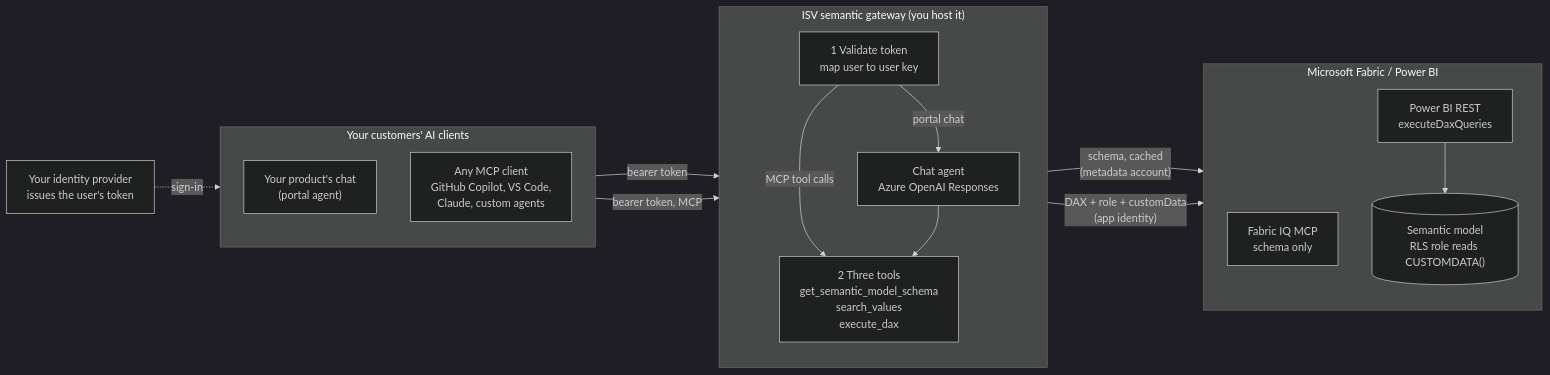
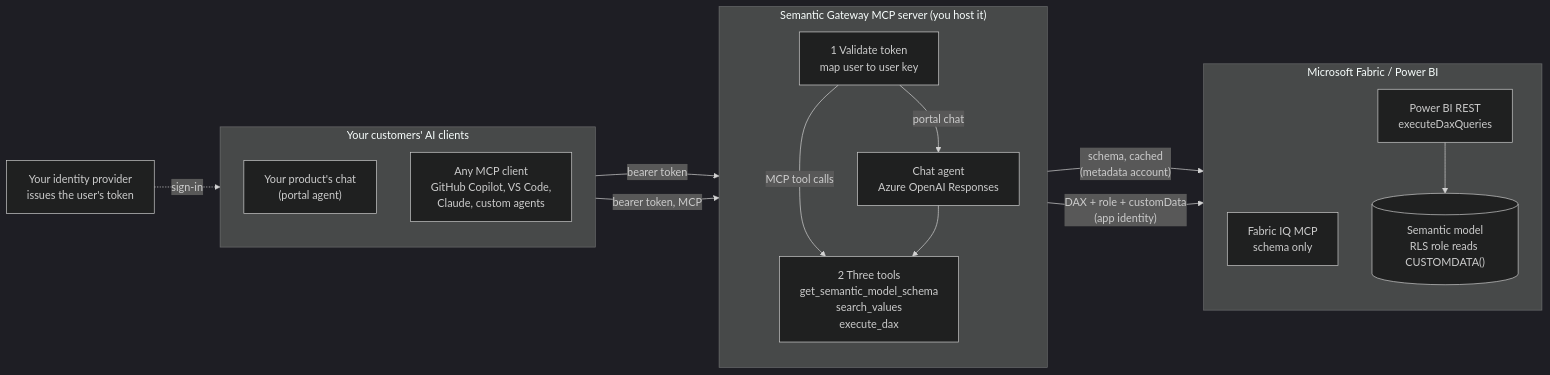
The first of 3 diagrams in README.md (bgbailey/fabric-iq-app-identity-rls), drawn with Mermaid (dark theme) before and after one commit. The commit also changed other lines of this file and 2 other files, not shown here.

First line of the commit message:
Present the gateway as the Semantic Gateway MCP server

````diff
--- a/README.md
+++ b/README.md
@@ -31,34 +33,34 @@
 ```mermaid
 flowchart LR
     subgraph CLIENTS["Your customers' AI clients"]
         direction TB
         PORTAL["Your product's chat<br/>(portal agent)"]
         MCPC["Any MCP client<br/>GitHub Copilot, VS Code,<br/>Claude, custom agents"]
     end
 
     IDP["Your identity provider<br/>issues the user's token"]
 
-    subgraph GW["ISV semantic gateway (you host it)"]
+    subgraph GW["Semantic Gateway MCP server (you host it)"]
         direction TB
         AUTH["1 Validate token<br/>map user to user key"]
         AGENT["Chat agent<br/>Azure OpenAI Responses"]
         TOOLS["2 Three tools<br/>get_semantic_model_schema<br/>search_values<br/>execute_dax"]
         AUTH -- "portal chat" --> AGENT
         AUTH -- "MCP tool calls" --> TOOLS
         AGENT --> TOOLS
     end
 
     subgraph FABRIC["Microsoft Fabric / Power BI"]
         direction TB
         IQ["Fabric IQ MCP<br/>schema only"]
         REST["Power BI REST<br/>executeDaxQueries"]
         SM[("Semantic model<br/>RLS role reads CUSTOMDATA()")]
         REST --> SM
     end
 
     IDP -. "sign-in" .-> CLIENTS
     PORTAL -- "bearer token" --> AUTH
     MCPC -- "bearer token, MCP" --> AUTH
     TOOLS -- "schema, cached<br/>(metadata account)" --> IQ
     TOOLS -- "DAX + role + customData<br/>(app identity)" --> REST
 ```
````
